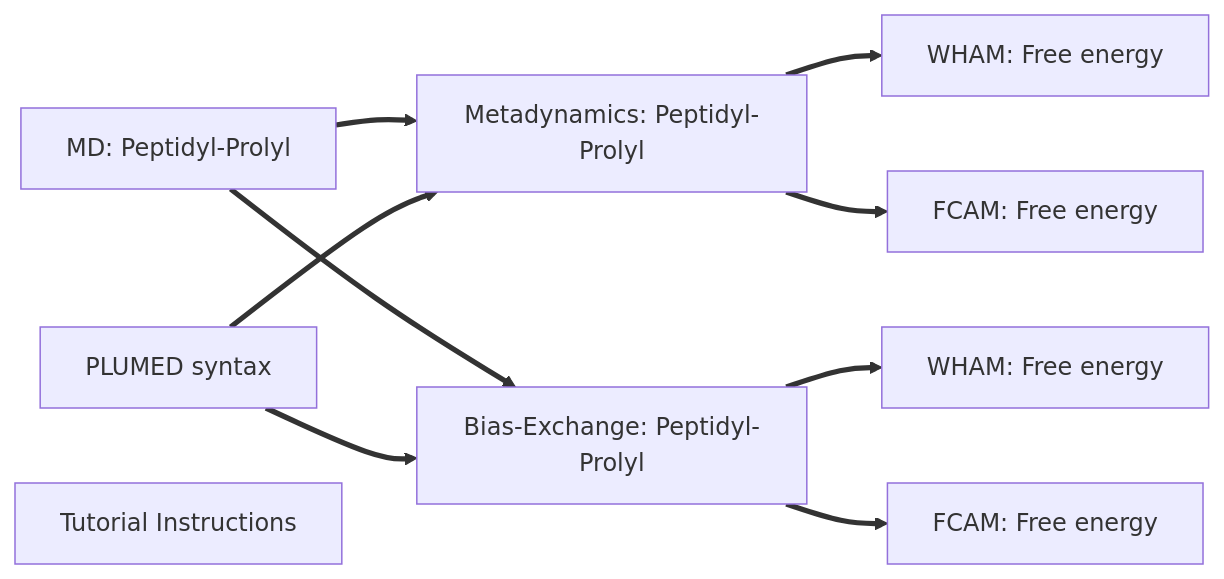
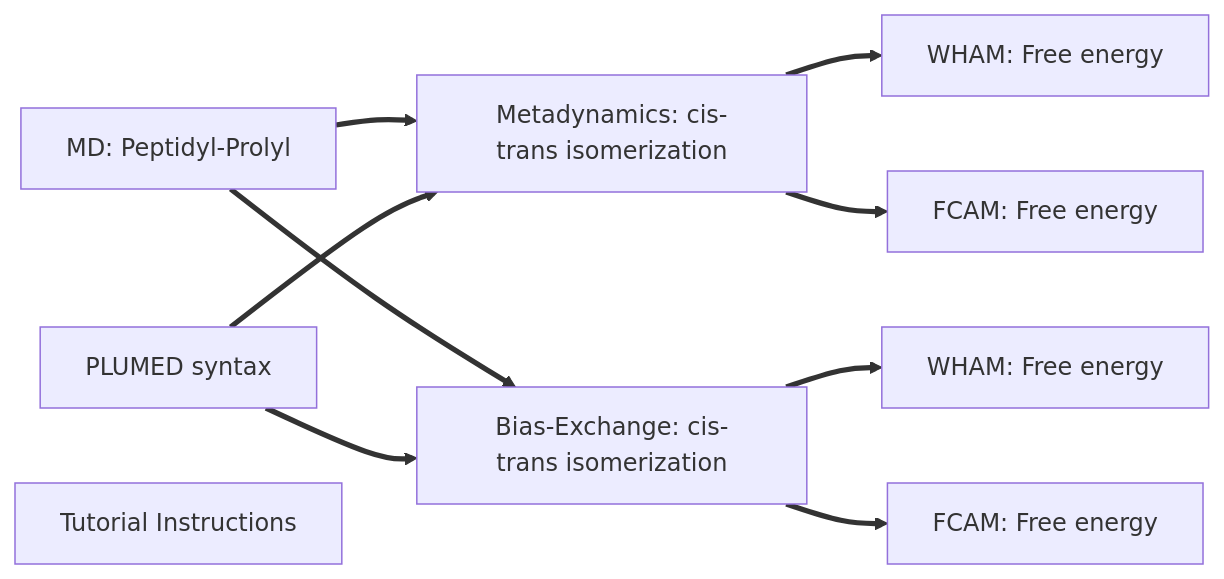
The diagram in NAVIGATION.md (fabsugar/plumed-tutorial-be-aapak), drawn with Mermaid before and after one commit.

````diff
--- a/NAVIGATION.md
+++ b/NAVIGATION.md
@@ -1,13 +1,13 @@
 ```mermaid
 flowchart LR
 A[MD: Peptidyl-Prolyl] ==> B[Metadynamics: cis-trans isomerization]
 A[MD: Peptidyl-Prolyl] ==> C[Bias-Exchange: cis-trans isomerization]
 D[PLUMED syntax] ==> B[Metadynamics: cis-trans isomerization]
 D[PLUMED syntax] ==> C[Bias-Exchange: cis-trans isomerization]
-B[Metadynamics: Peptidyl-Prolyl]==>E[WHAM: Free energy]
-C[Bias-Exchange: Peptidyl-Prolyl]==>F[WHAM: Free energy]
-B[Metadynamics: Peptidyl-Prolyl]==>H[FCAM: Free energy]
-C[Bias-Exchange: Peptidyl-Prolyl]==>I[FCAM: Free energy]
+B[Metadynamics: cis-trans isomerization]==>E[WHAM: Free energy]
+C[Bias-Exchange: cis-trans isomerization]==>F[WHAM: Free energy]
+B[Metadynamics: cis-trans isomerization]==>H[FCAM: Free energy]
+C[Bias-Exchange: cis-trans isomerization]==>I[FCAM: Free energy]
 G[Tutorial Instructions]
 click D "tute" "A tutorial on the basic plumed syntax"
 ```
````
